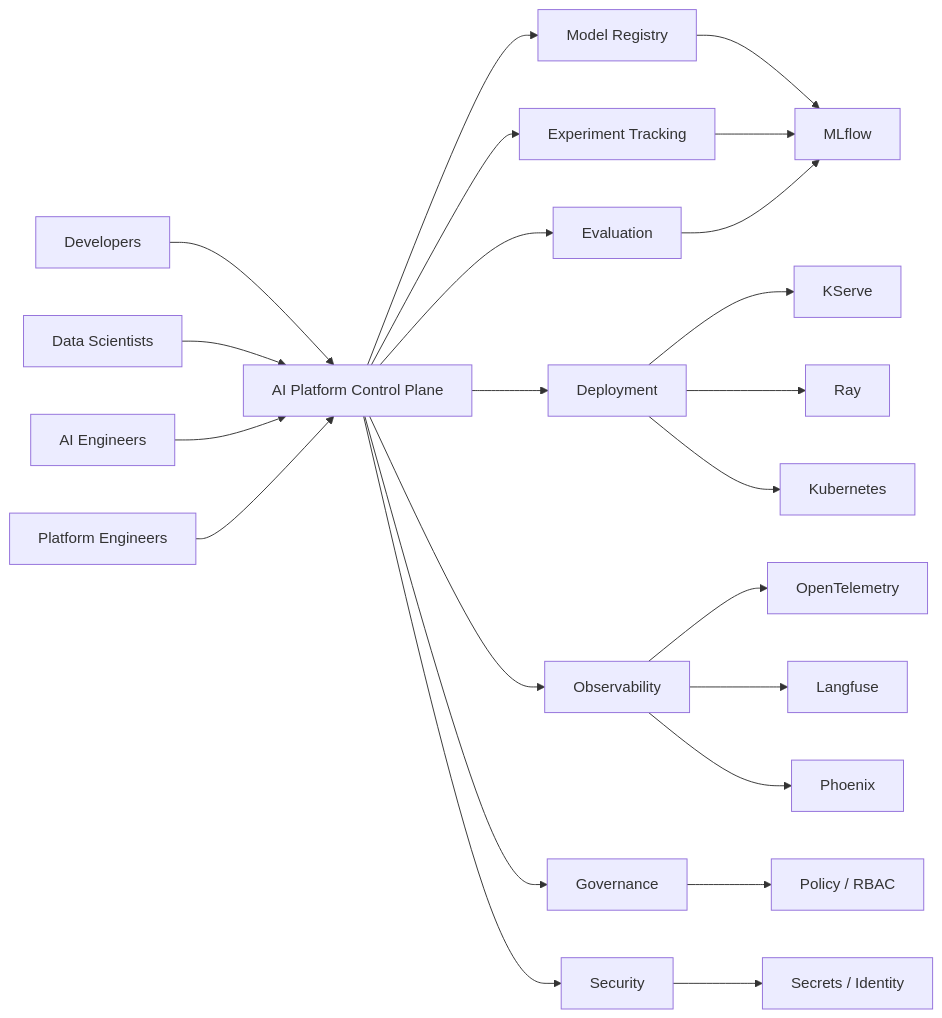
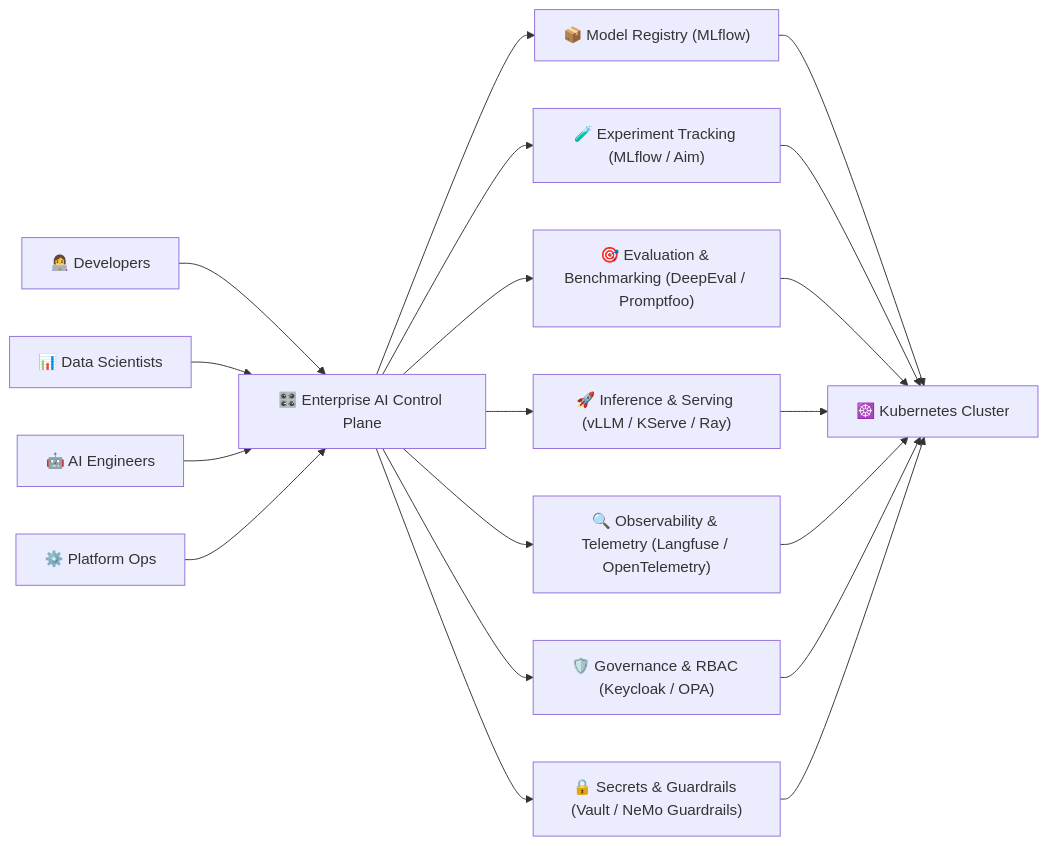
One commit to ishandutta2007/Awesome-Enterprise-AI-Platform changed the second of 3 diagrams in README.md. Above: the diagram before and after it, drawn with Mermaid. The commit also changed other lines of this file and 2 other files, not shown here.

Commit message:
Enhance README: add company size column & sort SaaS by size, add market size line, add open source repos with star badges & sort by stars, add SVG banner, social preview GIF, SEO optimizations, emojis, badges, and star history chart

````diff
--- a/README.md
+++ b/README.md
@@ -697,71 +394,28 @@
 ```mermaid
+flowchart LR
+    A["👩‍💻 Developers"]
+    B["📊 Data Scientists"]
+    C["🤖 AI Engineers"]
+    D["⚙️ Platform Ops"]
 
-flowchart LR
-
-
-
-    A[Developers]
-
-    B[Data Scientists]
-
-    C[AI Engineers]
-
-    D[Platform Engineers]
-
-
-
-    A --> E[AI Platform Control Plane]
-
+    A --> E["🎛️ Enterprise AI Control Plane"]
     B --> E
-
     C --> E
-
     D --> E
 
+    E --> F["📦 Model Registry (MLflow)"]
+    E --> G["🧪 Experiment Tracking (MLflow / Aim)"]
+    E --> H["🎯 Evaluation & Benchmarking (DeepEval / Promptfoo)"]
+    E --> I["🚀 Inference & Serving (vLLM / KServe / Ray)"]
+    E --> J["🔍 Observability & Telemetry (Langfuse / OpenTelemetry)"]
+    E --> K["🛡️ Governance & RBAC (Keycloak / OPA)"]
+    E --> L["🔒 Secrets & Guardrails (Vault / NeMo Guardrails)"]
 
-
-    E --> F[Model Registry]
-
-    E --> G[Experiment Tracking]
-
-    E --> H[Evaluation]
-
-    E --> I[Deployment]
-
-    E --> J[Observability]
-
-    E --> K[Governance]
-
-    E --> L[Security]
-
-
-
-    F --> M[MLflow]
-
+    F --> M["☸️ Kubernetes Cluster"]
     G --> M
-
     H --> M
-
-
-
-    I --> N[KServe]
-
-    I --> O[Ray]
-
-    I --> P[Kubernetes]
-
-
-
-    J --> Q[OpenTelemetry]
-
-    J --> R[Langfuse]
-
-    J --> S[Phoenix]
-
-
-
-    K --> T[Policy / RBAC]
-
-    L --> U[Secrets / Identity]
-
+    I --> M
+    J --> M
+    K --> M
+    L --> M
 ```
````
